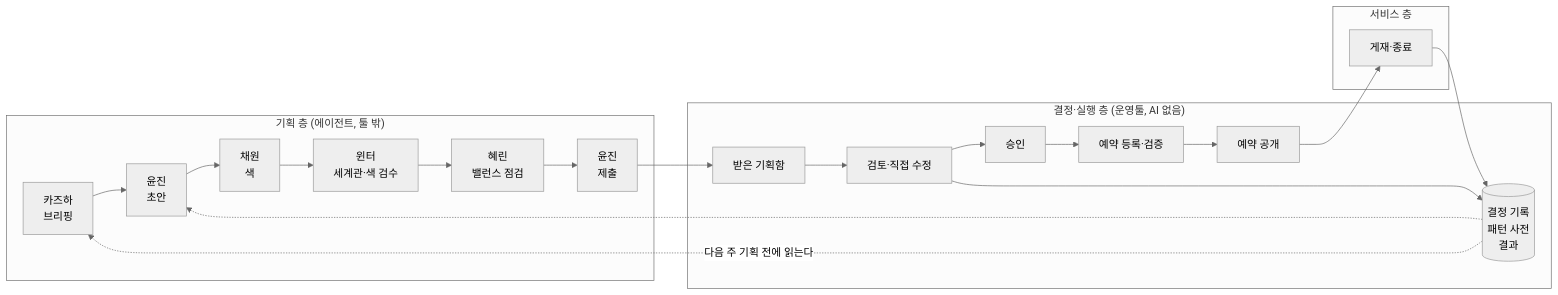
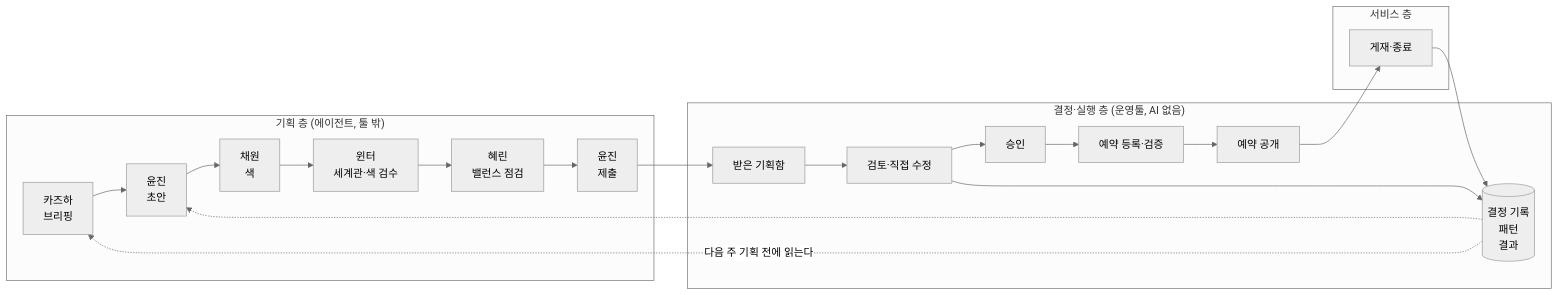
The first of 3 diagrams in docs/plan/vision/07 JAM! 라이브 운영 블루프린트.md (standardmanual/jam), drawn with Mermaid (neutral theme) before and after one commit. The commit also changed other lines of this file and 11 other files, not shown here.

````diff
--- a/docs/plan/vision/07 JAM! 라이브 운영 블루프린트.md
+++ b/docs/plan/vision/07 JAM! 라이브 운영 블루프린트.md
@@ -39,19 +39,19 @@
 ```mermaid
 flowchart LR
   subgraph P["기획 층 (에이전트, 툴 밖)"]
     K["카즈하<br/>브리핑"] --> Y1["윤진<br/>초안"] --> C["채원<br/>색"] --> W["윈터<br/>세계관·색 검수"] --> H["혜린<br/>밸런스 점검"] --> Y2["윤진<br/>제출"]
   end
   subgraph D["결정·실행 층 (운영툴, AI 없음)"]
     IN["받은 기획함"] --> RV["검토·직접 수정"] --> AP["승인"] --> AS["예약 등록·검증"] --> SC["예약 공개"]
-    LOG[("결정 기록<br/>패턴 사전<br/>결과")]
+    LOG[("결정 기록<br/>패턴<br/>결과")]
   end
   subgraph S["서비스 층"]
     LIVE["게재·종료"]
   end
   Y2 --> IN
   SC --> LIVE
   RV --> LOG
   LIVE --> LOG
   LOG -. "다음 주 기획 전에 읽는다" .-> K
   LOG -.-> Y1
 ```
````
